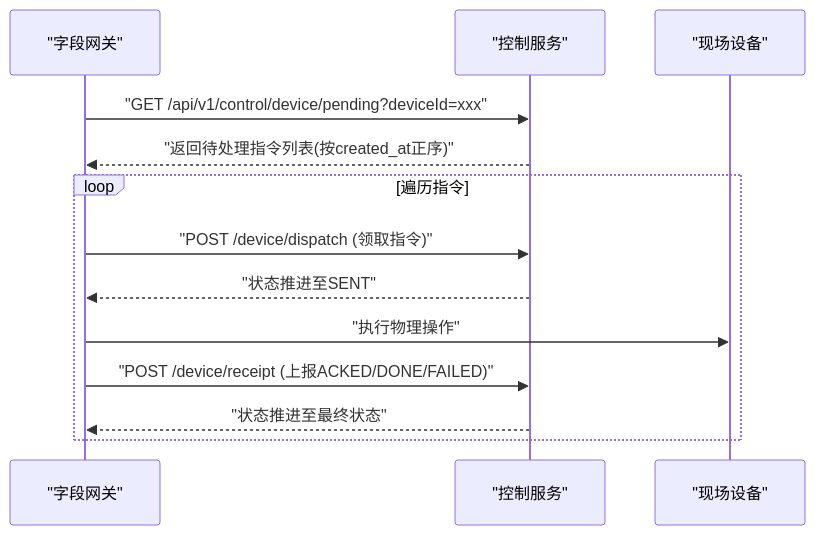
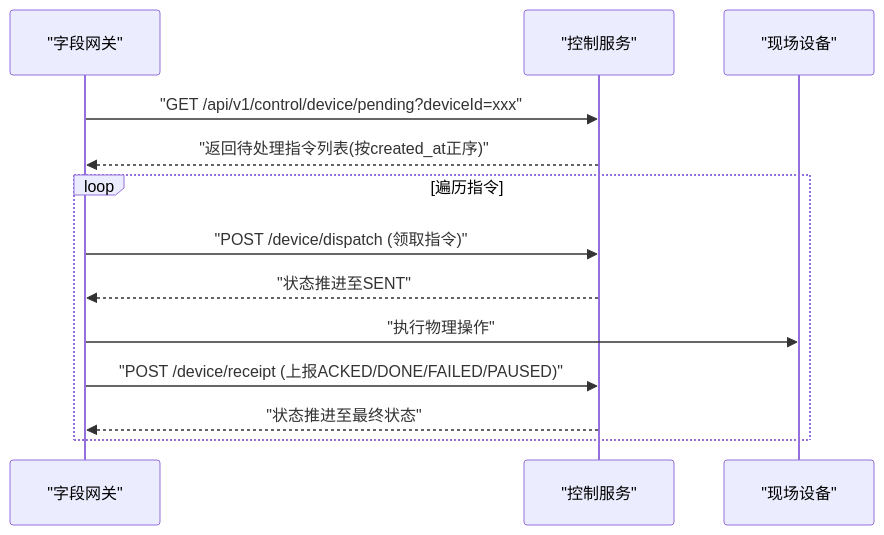
Diagram 16 of 39 in .qoder/repowiki/zh/content/核心服务文档/其他业务服务.md (q446328246/agri-platform), drawn with Mermaid before and after one commit. The commit also changed other lines of this file and 46 other files, not shown here.

````diff
--- a/.qoder/repowiki/zh/content/核心服务文档/其他业务服务.md
+++ b/.qoder/repowiki/zh/content/核心服务文档/其他业务服务.md
@@ -493,15 +547,15 @@
 ```mermaid
 sequenceDiagram
 participant GATEWAY as "字段网关"
 participant CS as "控制服务"
 participant DEVICE as "现场设备"
 GATEWAY->>CS : "GET /api/v1/control/device/pending?deviceId=xxx"
 CS-->>GATEWAY : "返回待处理指令列表(按created_at正序)"
 loop 遍历指令
 GATEWAY->>CS : "POST /device/dispatch (领取指令)"
 CS-->>GATEWAY : "状态推进至SENT"
 GATEWAY->>DEVICE : "执行物理操作"
-GATEWAY->>CS : "POST /device/receipt (上报ACKED/DONE/FAILED)"
+GATEWAY->>CS : "POST /device/receipt (上报ACKED/DONE/FAILED/PAUSED)"
 CS-->>GATEWAY : "状态推进至最终状态"
 end
 ```
````
